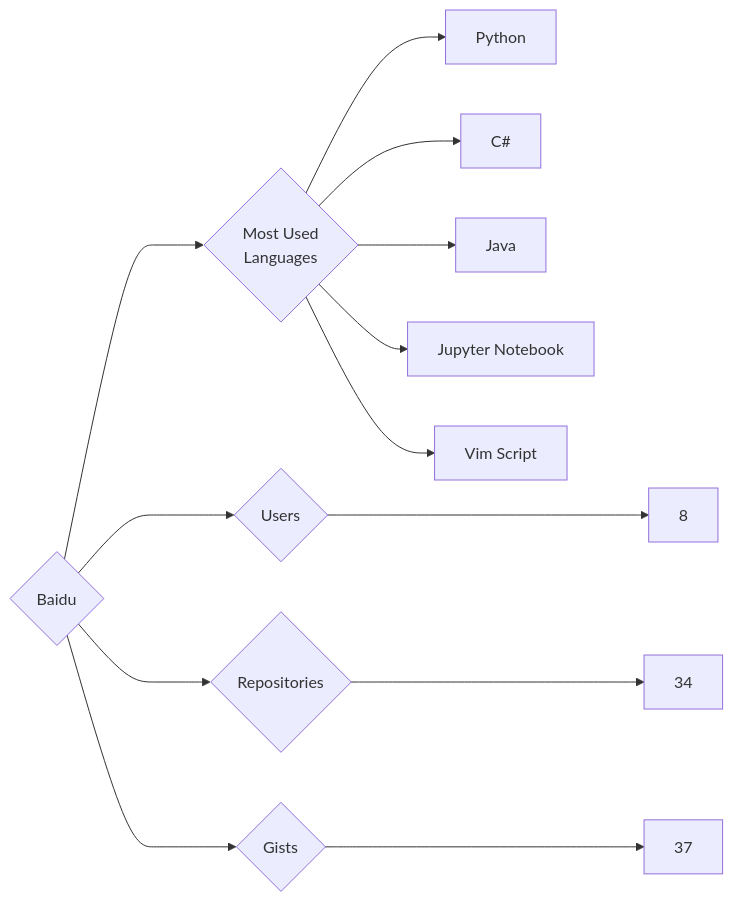
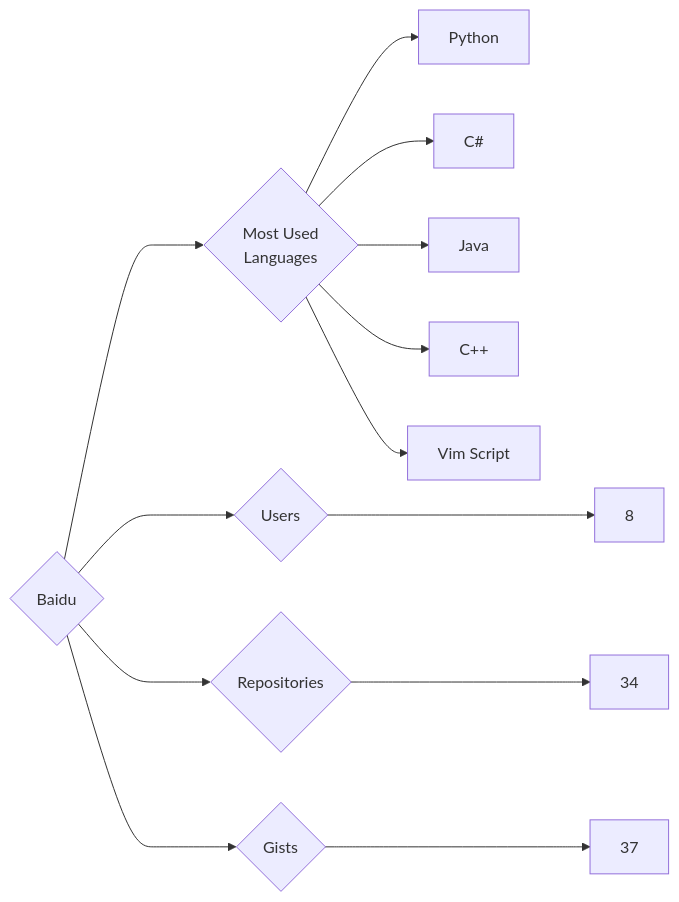
One commit to trickest/insiders changed the diagram in targets/Baidu/README.md. Above: the diagram before and after it, drawn with Mermaid. The commit also changed 933 other files, not shown here.

````diff
--- a/targets/Baidu/README.md
+++ b/targets/Baidu/README.md
@@ -3,13 +3,13 @@
 ```mermaid
 graph LR
 COMPANY_NAME{Baidu}
 COMPANY_NAME ---> U{Users} ---> UN[8]
 COMPANY_NAME ---> R{Repositories} ---> RN[34]
 COMPANY_NAME ---> G{Gists} ---> GN[37]
 COMPANY_NAME ---> ML{Most Used<br>Languages}
 ML --> Python[Python]
 ML --> C#[C#]
 ML --> Java[Java]
-ML --> Jupyter_Notebook[Jupyter Notebook]
+ML --> C++[C++]
 ML --> Vim_Script[Vim Script]
 ```
````
